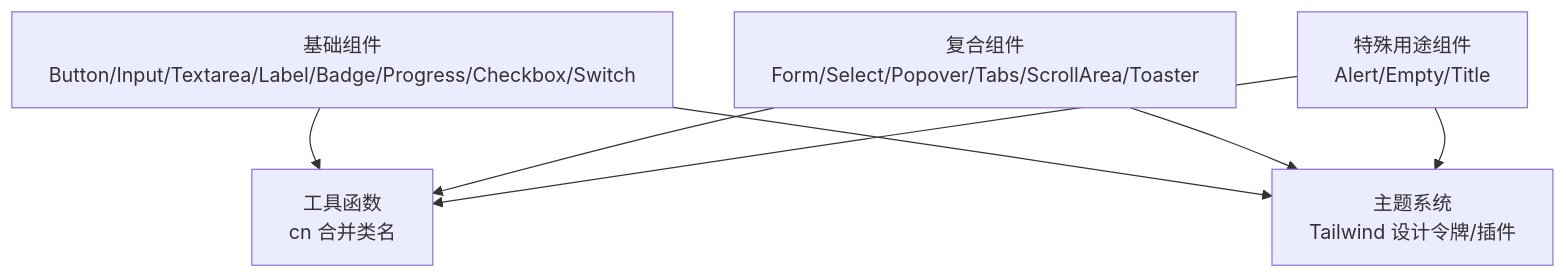
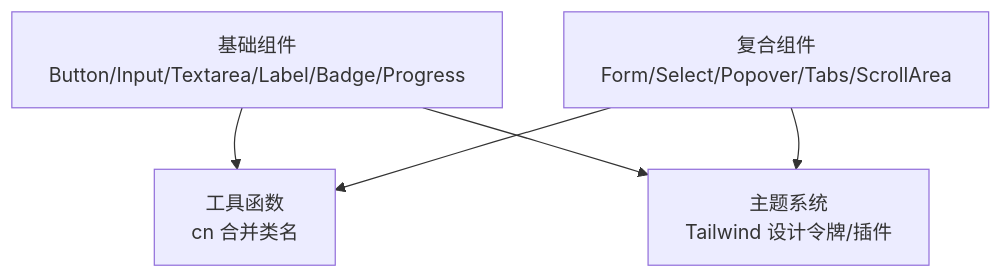
One commit to RadiumAg/bilibili-favorites changed the second of 8 diagrams in .qoder/repowiki/zh/content/UI组件系统/UI组件系统.md. Above: the diagram before and after it, drawn with Mermaid. The commit also changed other lines of this file and 27 other files, not shown here.

````diff
--- a/.qoder/repowiki/zh/content/UI组件系统/UI组件系统.md
+++ b/.qoder/repowiki/zh/content/UI组件系统/UI组件系统.md
@@ -299,14 +255,11 @@
 ```mermaid
 graph TB
-Base["基础组件<br/>Button/Input/Textarea/Label/Badge/Progress/Checkbox/Switch"]
-Composite["复合组件<br/>Form/Select/Popover/Tabs/ScrollArea/Toaster"]
-Special["特殊用途组件<br/>Alert/Empty/Title"]
+Base["基础组件<br/>Button/Input/Textarea/Label/Badge/Progress"]
+Composite["复合组件<br/>Form/Select/Popover/Tabs/ScrollArea"]
 Util["工具函数<br/>cn 合并类名"]
 Theme["主题系统<br/>Tailwind 设计令牌/插件"]
 Base --> Util
 Composite --> Util
-Special --> Util
 Base --> Theme
 Composite --> Theme
-Special --> Theme
 ```
````
